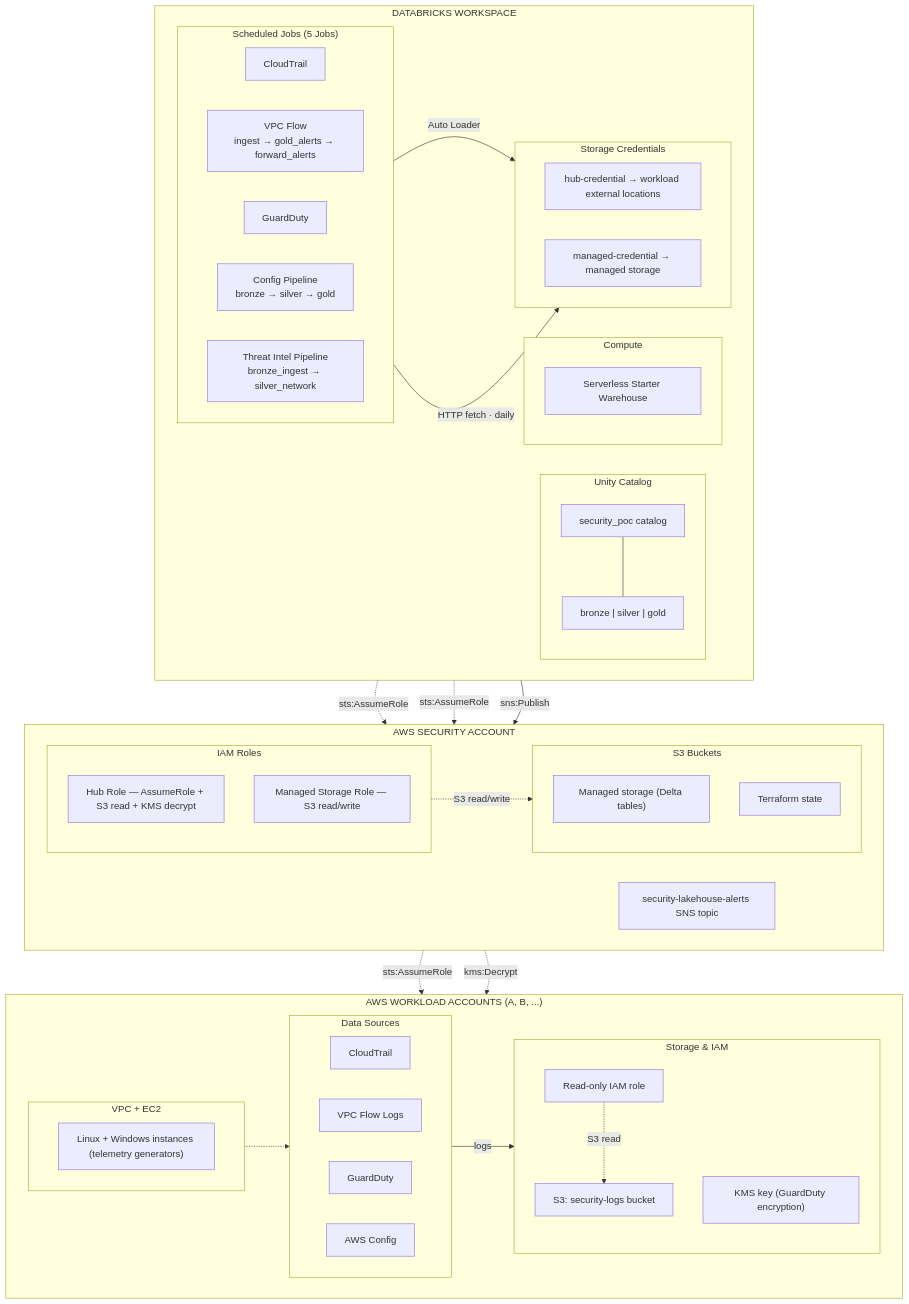
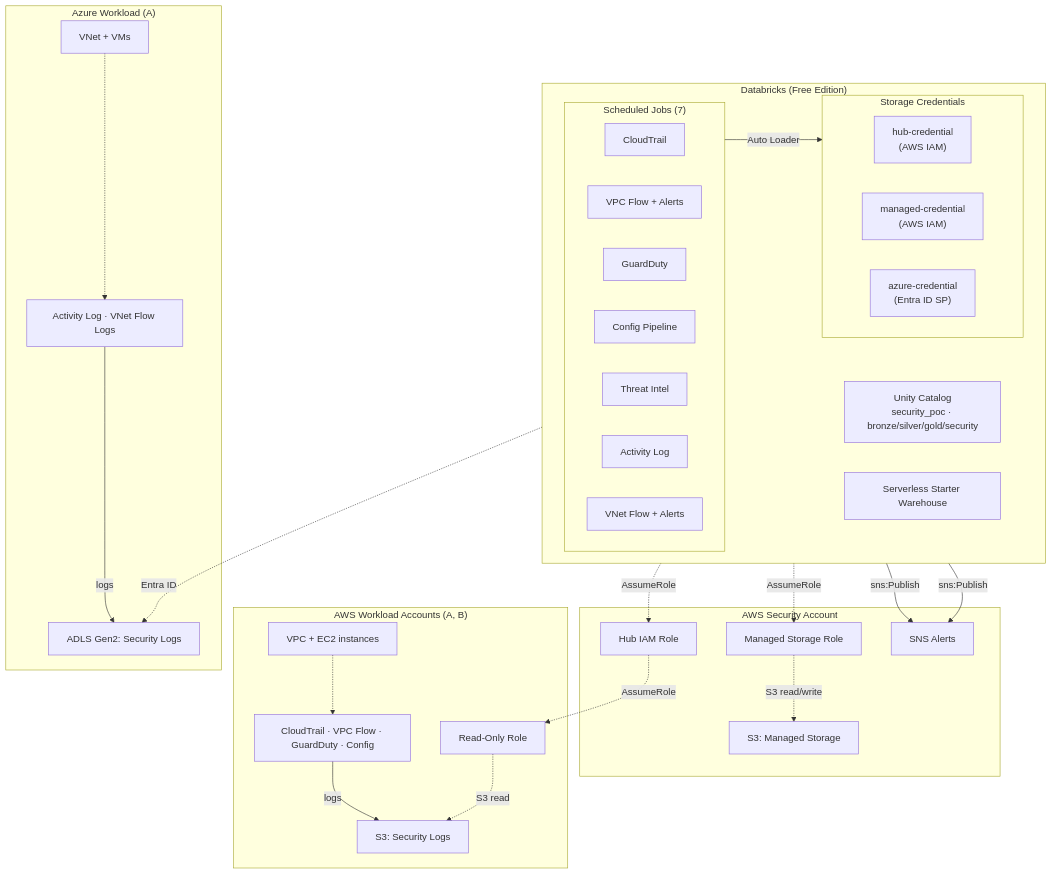
The diagram in README.md (snk5125/security-data-platform), drawn with Mermaid before and after one commit. The commit also changed other lines of this file, not shown here.

Commit message:
docs: rewrite README for multi-cloud architecture and narrative tone

````diff
--- a/README.md
+++ b/README.md
@@ -18,90 +26,48 @@
 ```mermaid
-graph TD
-    classDef awsBox fill:#FF9900,color:#fff,stroke:#232F3E,stroke-width:2px
-    classDef dbxBox fill:#FF3621,color:#fff,stroke:#8B0000,stroke-width:2px
-    classDef s3Box fill:#3F8624,color:#fff,stroke:#2E6B1A,stroke-width:2px
+graph TB
+    subgraph DBX ["Databricks (Free Edition)"]
+        direction LR
+        UC["Unity Catalog<br/>security_poc · bronze/silver/gold/security"]
+        DW["Serverless Starter Warehouse"]
 
-    subgraph DBX ["DATABRICKS WORKSPACE"]
-        direction LR
-
-        subgraph UC ["Unity Catalog"]
-            direction TB
-            CAT["security_poc catalog"]
-            SCHEMAS["bronze | silver | gold"]
-            CAT --- SCHEMAS
-        end
-
-        subgraph COMPUTE ["Compute"]
-            DW["Serverless Starter Warehouse"]
-        end
-
-        subgraph JOBS ["Scheduled Jobs (5 Jobs)"]
-            direction LR
-            J1["CloudTrail"]
-            J2["VPC Flow<br/>ingest → gold_alerts → forward_alerts"]
-            J3["GuardDuty"]
-            J4["Config Pipeline<br/>bronze → silver → gold"]
-            J5["Threat Intel Pipeline<br/>bronze_ingest → silver_network"]
+        subgraph JOBS ["Scheduled Jobs (7)"]
+            J1["CloudTrail"] & J2["VPC Flow + Alerts"] & J3["GuardDuty"]
+            J4["Config Pipeline"] & J5["Threat Intel"]
+            J6["Activity Log"] & J7["VNet Flow + Alerts"]
         end
 
         subgraph CREDS ["Storage Credentials"]
-            direction LR
-            HC["hub-credential → workload external locations"]
-            MC["managed-credential → managed storage"]
+            HC["hub-credential<br/>(AWS IAM)"]
+            MC["managed-credential<br/>(AWS IAM)"]
+            AZC["azure-credential<br/>(Entra ID SP)"]
         end
     end
 
-    subgraph SEC ["AWS SECURITY ACCOUNT"]
-        direction LR
-
-        subgraph IAM_SEC ["IAM Roles"]
-            direction TB
-            HUB["Hub Role — AssumeRole + S3 read + KMS decrypt"]
-            MSR["Managed Storage Role — S3 read/write"]
-        end
-
-        subgraph S3_SEC ["S3 Buckets"]
-            direction TB
-            MSB["Managed storage (Delta tables)"]
-            STB["Terraform state"]
-        end
-
-        SNS["security-lakehouse-alerts SNS topic"]
+    subgraph SEC ["AWS Security Account"]
+        HUB["Hub IAM Role"] & MSR["Managed Storage Role"]
+        S3M["S3: Managed Storage"] & SNS["SNS Alerts"]
     end
 
-    subgraph WK ["AWS WORKLOAD ACCOUNTS (A, B, ...)"]
-        direction LR
-
-        subgraph NET ["VPC + EC2"]
-            direction LR
-            EC2["Linux + Windows instances (telemetry generators)"]
-        end
-
-        subgraph DATA ["Data Sources"]
-            direction LR
-            CT["CloudTrail"]
-            FL["VPC Flow Logs"]
-            GD["GuardDuty"]
-            CF["AWS Config"]
-        end
-
-        subgraph STORE ["Storage & IAM"]
-            direction TB
-            S3W["S3: security-logs bucket"]
-            KMS["KMS key (GuardDuty encryption)"]
-            RO["Read-only IAM role"]
-        end
+    subgraph WK ["AWS Workload Accounts (A, B)"]
+        EC2["VPC + EC2 instances"]
+        DS_AWS["CloudTrail · VPC Flow · GuardDuty · Config"]
+        S3W["S3: Security Logs"] & RO["Read-Only Role"]
     end
 
-    HC -.->|"sts:AssumeRole"| HUB
-    MC -.->|"sts:AssumeRole"| MSR
-    MSR -.->|"S3 read/write"| MSB
-    HUB -.->|"sts:AssumeRole"| RO
+    subgraph AZ ["Azure Workload (A)"]
+        VMS["VNet + VMs"]
+        DS_AZ["Activity Log · VNet Flow Logs"]
+        ADLS["ADLS Gen2: Security Logs"]
+    end
+
+    HC -.->|"AssumeRole"| HUB
+    MC -.->|"AssumeRole"| MSR
+    HUB -.->|"AssumeRole"| RO
     RO -.->|"S3 read"| S3W
-    HUB -.->|"kms:Decrypt"| KMS
-    EC2 -.-> DATA
-    DATA -->|"logs"| S3W
+    MSR -.->|"S3 read/write"| S3M
+    AZC -.->|"Entra ID"| ADLS
+    EC2 -.-> DS_AWS -->|"logs"| S3W
+    VMS -.-> DS_AZ -->|"logs"| ADLS
+    J2 & J7 -->|"sns:Publish"| SNS
     JOBS -->|"Auto Loader"| CREDS
-    J5 -->|"HTTP fetch · daily"| CREDS
-    J2 -->|"sns:Publish"| SNS
 ```
````
